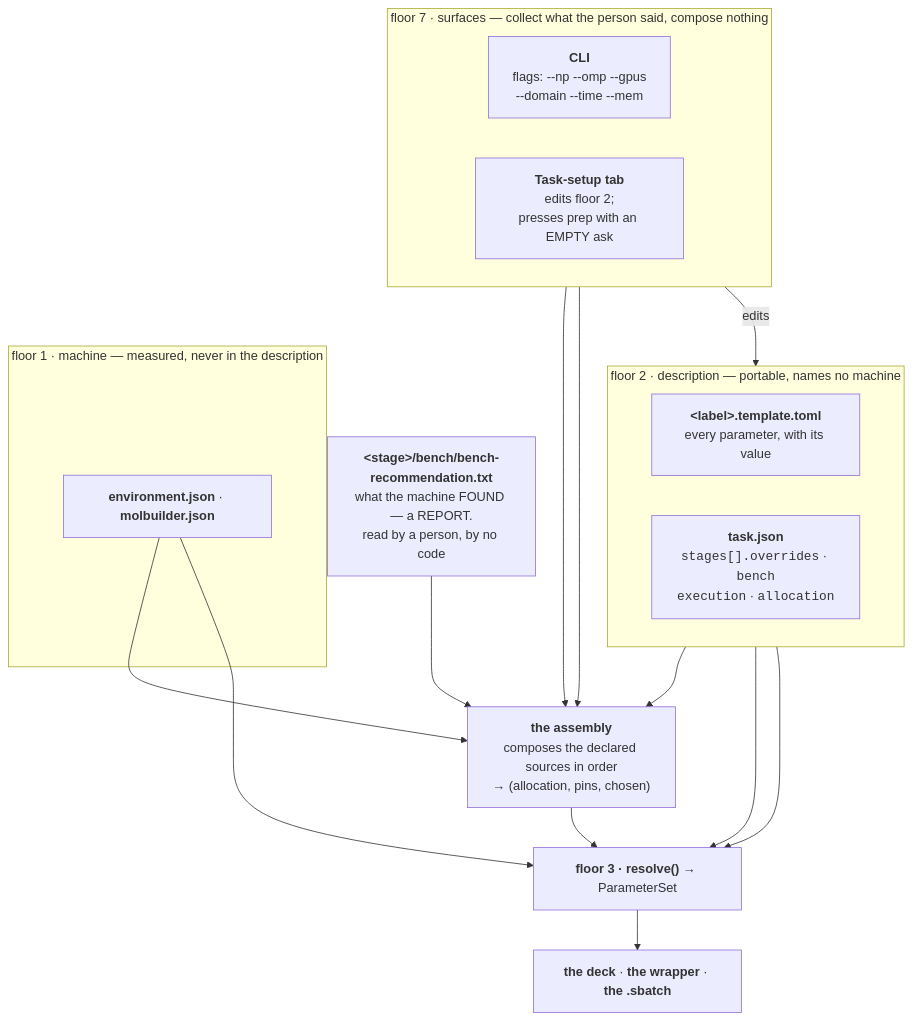
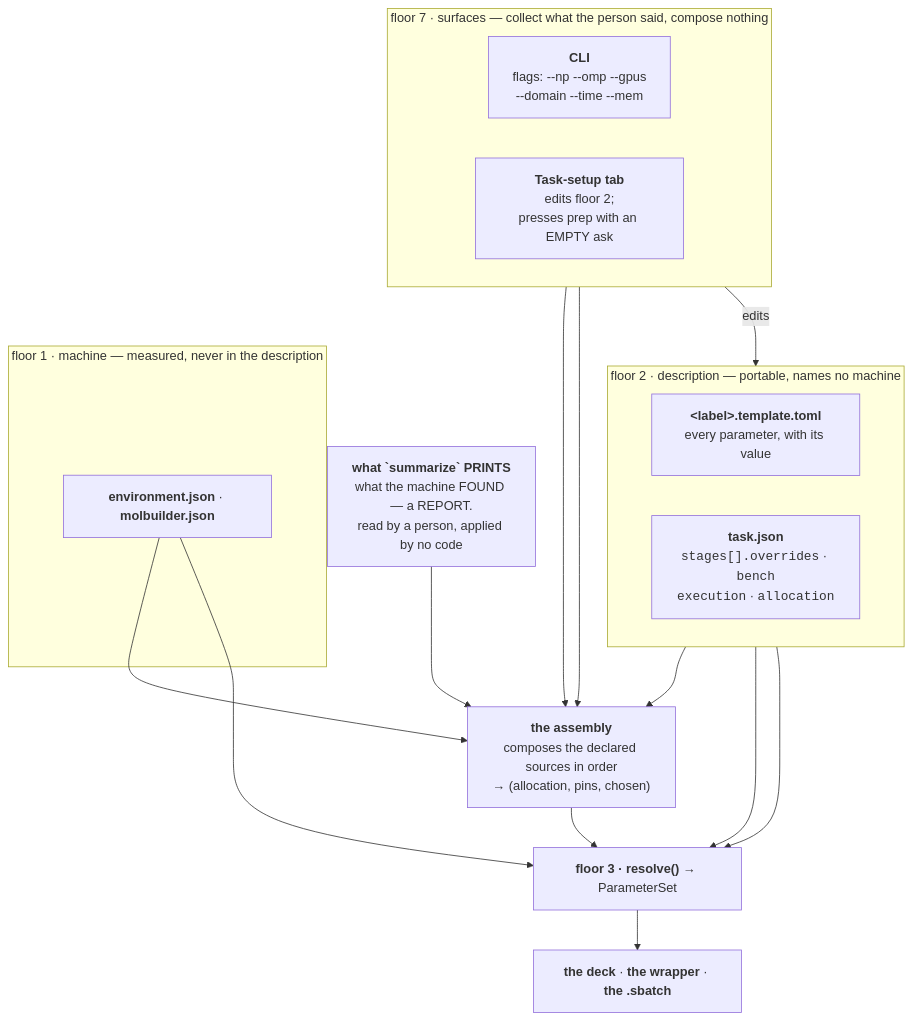
Before and after one commit to Qing-LAB/molbuilder: the fifth of 11 diagrams in docs/execution/architecture.md, drawn with Mermaid. The commit also changed other lines of this file and 20 other files, not shown here.

````diff
--- a/docs/execution/architecture.md
+++ b/docs/execution/architecture.md
@@ -531,31 +531,31 @@
 ```mermaid
 flowchart TB
     subgraph SURF["floor 7 · surfaces — collect what the person said, compose nothing"]
         direction LR
         CLI["<b>CLI</b><br/>flags: --np --omp --gpus<br/>--domain --time --mem"]
         WEB["<b>Task-setup tab</b><br/>edits floor 2;<br/>presses prep with an EMPTY ask"]
     end
     subgraph DESC["floor 2 · description — portable, names no machine"]
         direction LR
         TMPL["<b>&lt;label&gt;.template.toml</b><br/>every parameter, with its value"]
         TASK["<b>task.json</b><br/><code>stages[].overrides</code> · <code>bench</code><br/><code>execution</code> · <code>allocation</code>"]
     end
     subgraph MACH["floor 1 · machine — measured, never in the description"]
         ENV["<b>environment.json</b> · <b>molbuilder.json</b>"]
     end
-    VERD["<b>&lt;stage&gt;/bench/bench-recommendation.txt</b><br/>what the machine FOUND — a REPORT.<br/>read by a person, by no code"]
+    VERD["<b>what `summarize` PRINTS</b><br/>what the machine FOUND — a REPORT.<br/>read by a person, applied by no code"]
     ASM["<b>the assembly</b><br/>composes the declared sources in order<br/>→ (allocation, pins, chosen)"]
     RES["<b>floor 3 · resolve()</b> → ParameterSet"]
     OUT["<b>the deck</b> · <b>the wrapper</b> · <b>the .sbatch</b>"]
     WEB -->|edits| TASK
     CLI --> ASM
     WEB --> ASM
     TASK --> ASM
     VERD --> ASM
     ENV --> ASM
     ASM --> RES
     TMPL --> RES
     TASK --> RES
     ENV --> RES
     RES --> OUT
 ```
````
